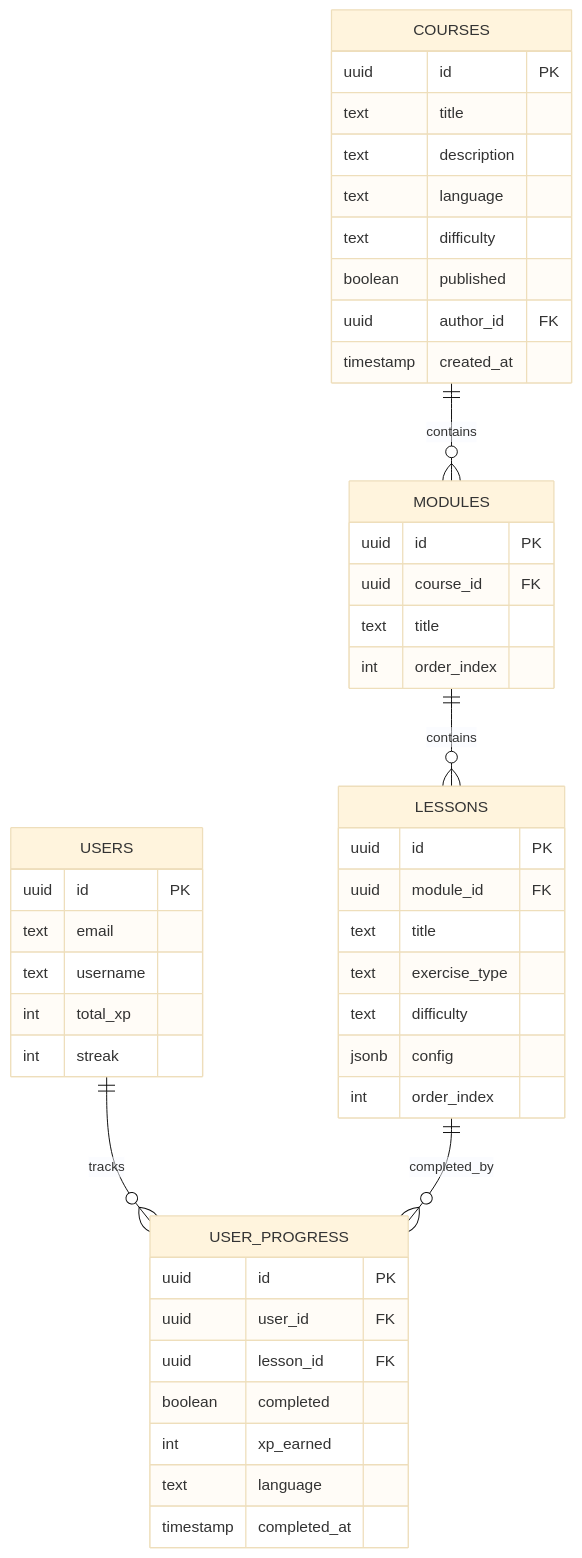
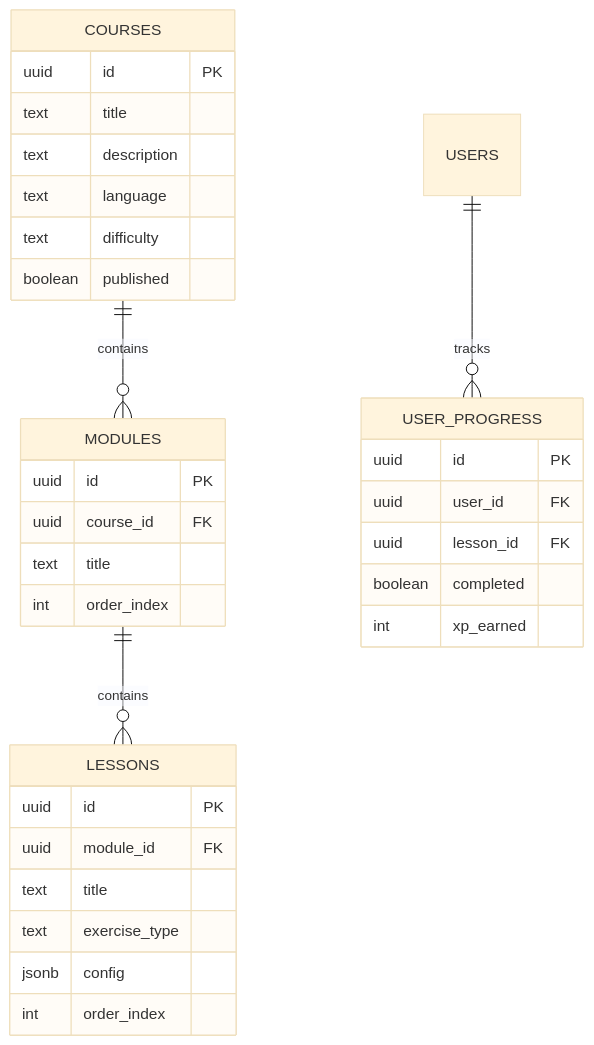
Before and after one commit to 0giinn0/KidhrCode: the fifth of 5 diagrams in README.md, drawn with Mermaid (base theme). The commit also changed other lines of this file, not shown here.

First line of the commit message:
Update README with desktop app architecture, bento layout, and game engine integration docs

````diff
--- a/README.md
+++ b/README.md
@@ -456,53 +404,36 @@
 ```mermaid
 erDiagram
     COURSES ||--o{ MODULES : contains
     MODULES ||--o{ LESSONS : contains
     USERS ||--o{ USER_PROGRESS : tracks
-    LESSONS ||--o{ USER_PROGRESS : completed_by
 
     COURSES {
         uuid id PK
         text title
         text description
         text language
         text difficulty
         boolean published
-        uuid author_id FK
-        timestamp created_at
     }
-
     MODULES {
         uuid id PK
         uuid course_id FK
         text title
         int order_index
     }
-
     LESSONS {
         uuid id PK
         uuid module_id FK
         text title
         text exercise_type
-        text difficulty
         jsonb config
         int order_index
     }
-
     USER_PROGRESS {
         uuid id PK
         uuid user_id FK
         uuid lesson_id FK
         boolean completed
         int xp_earned
-        text language
-        timestamp completed_at
-    }
-
-    USERS {
-        uuid id PK
-        text email
-        text username
-        int total_xp
-        int streak
     }
 ```
````
